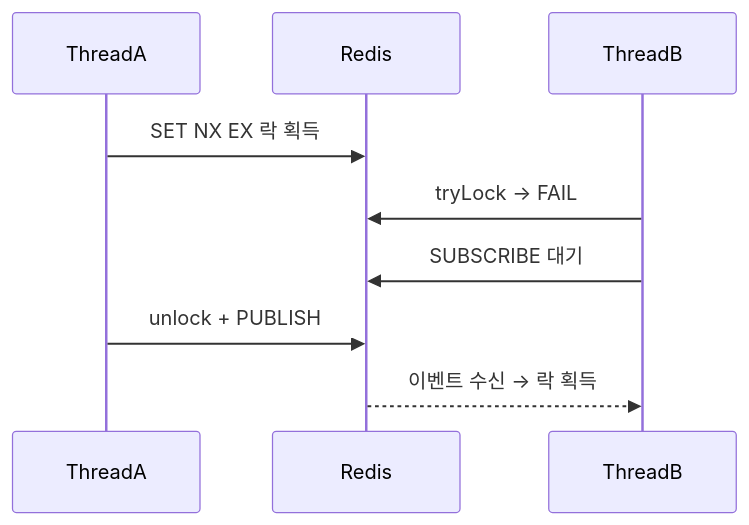
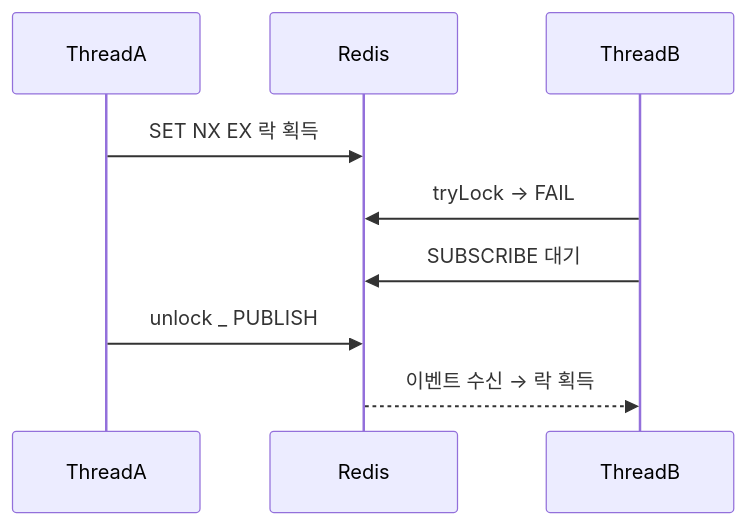
Before and after one commit to yjkim2015/yjkim2015.github.io: the fifth of 15 diagrams in _posts/redis/2026-05-01-redis-distributed-lock.md, drawn with Mermaid. The commit also changed 38 other files, not shown here.

First line of the commit message:
Mermaid 파싱 에러 최종 수정 + 화살표 간격 확대

````diff
--- a/_posts/redis/2026-05-01-redis-distributed-lock.md
+++ b/_posts/redis/2026-05-01-redis-distributed-lock.md
@@ -323,8 +323,8 @@
 ```mermaid
 sequenceDiagram
     ThreadA->>Redis: SET NX EX 락 획득
     ThreadB->>Redis: tryLock → FAIL
     ThreadB->>Redis: SUBSCRIBE 대기
-    ThreadA->>Redis: unlock + PUBLISH
+    ThreadA->>Redis: unlock _ PUBLISH
     Redis-->>ThreadB: 이벤트 수신 → 락 획득
 ```
````
